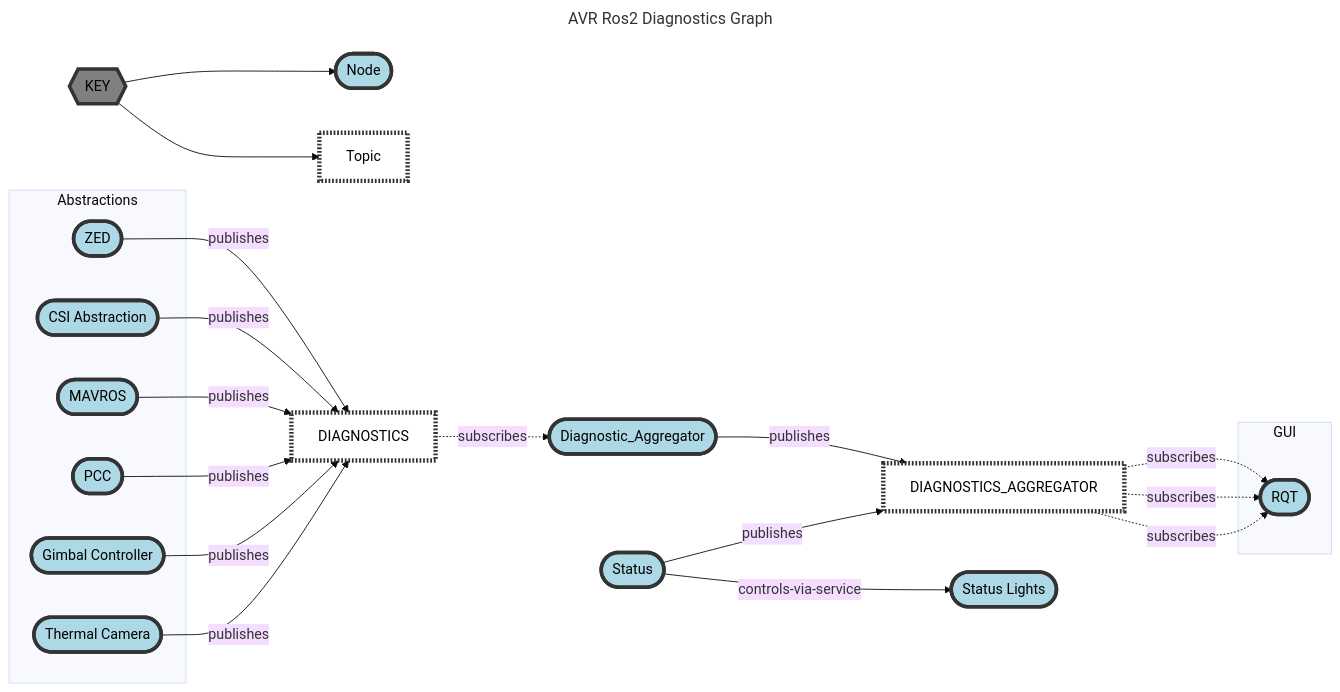
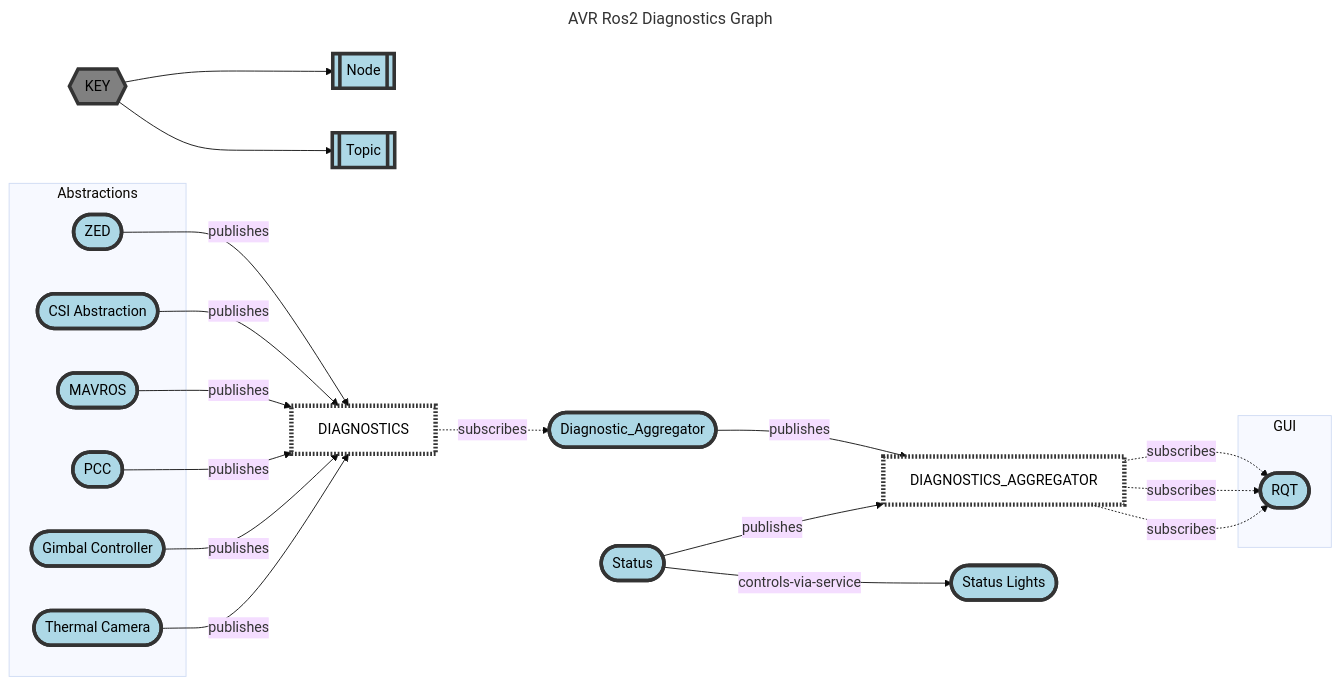
One commit to Daedalus-Robotics/avr_2023_documentation changed the diagram in README.md. Above: the diagram before and after it, drawn with Mermaid (base theme).

````diff
--- a/README.md
+++ b/README.md
@@ -1,53 +1,53 @@
 ```mermaid
 ---
 title: AVR Ros2 Diagnostics Graph
 ---
 flowchart LR
     
     classDef node fill:lightBlue,color:black,stroke:#333,stroke-width:4px
     classDef topic fill:white,color:black,stroke:#333,stroke-width:5px, stroke-dasharray: 2 2
 
-    style legend fill:gray,color:black
-
-    legend{{KEY}}-->i1([Node]):::node
-    legend-->i2[Topic]:::topic
+    classDef key fill:gray,color:black,stroke:#333,stroke-width:4px
+    
+    legend{{KEY}}:::key-->i1[[Node]]
+    legend-->i2[[Topic]]
     
     diagnostics_topic[DIAGNOSTICS]:::topic
     diag_agg([Diagnostic_Aggregator])
     diag_agg_topic[DIAGNOSTICS_AGGREGATOR]:::topic
     status_node([Status])
     status_lights([Status Lights])
     RQT/GUI([RQT])
     
     zed([ZED])
     
    
     
     subgraph Abstractions 
         zed
         CSI_abs
         Mavros
         PCC
         gimcont
         themcam
     end
     
     subgraph GUI 
         RQT/GUI
     end
     
     zed --publishes-->diagnostics_topic
     CSI_abs([CSI Abstraction]) --publishes-->diagnostics_topic
     Mavros([MAVROS]) --publishes-->diagnostics_topic
     PCC([PCC]) --publishes-->diagnostics_topic
     gimcont([Gimbal Controller]) --publishes-->diagnostics_topic
     themcam([Thermal Camera]) --publishes-->diagnostics_topic
     diagnostics_topic -. subscribes .->diag_agg
     diag_agg --publishes-->diag_agg_topic
     status_node --publishes-->diag_agg_topic
     status_node --controls-via-service-->status_lights
     diag_agg_topic -. subscribes .-> RQT/GUI
     diag_agg_topic -. subscribes .-> RQT/GUI
     diag_agg_topic -. subscribes .-> RQT/GUI 
 
 ```
````
